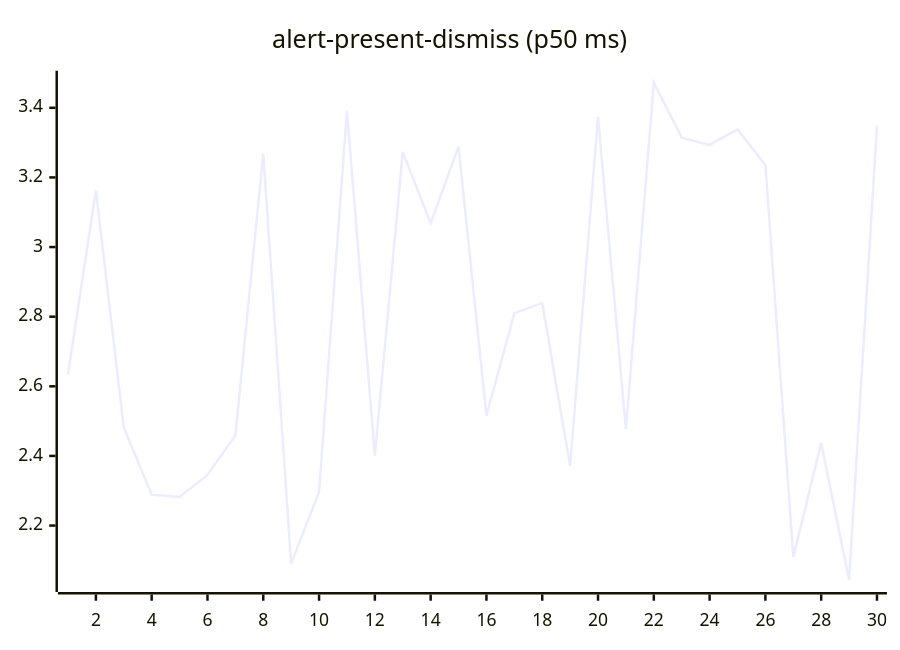
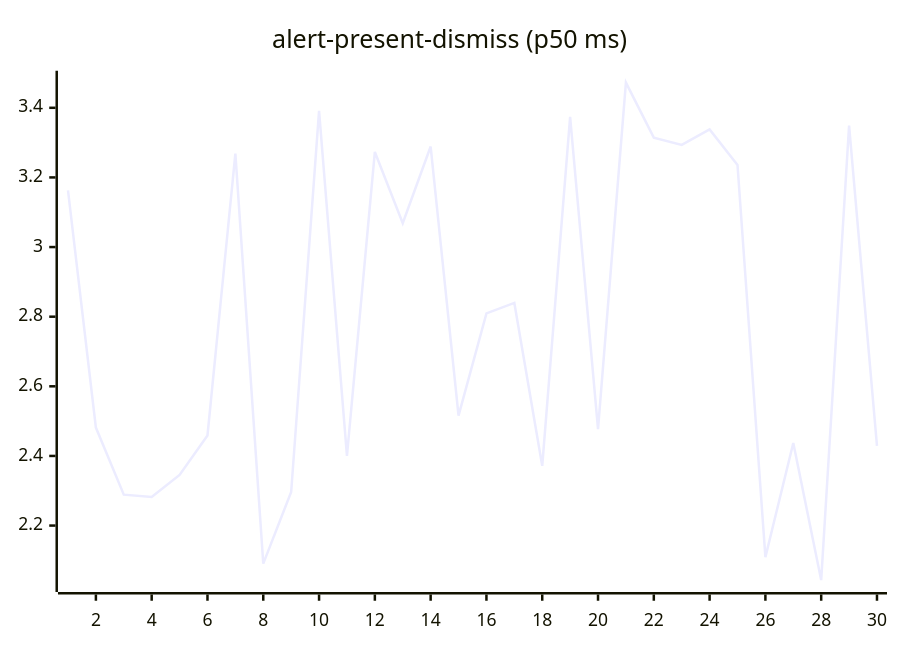
One commit to josha/Facet changed the second of 27 diagrams in README.md. Above: the diagram before and after it, drawn with Mermaid. The commit also changed other lines of this file and 2 other files, not shown here.

````diff
--- a/README.md
+++ b/README.md
@@ -70,6 +70,6 @@
 ```mermaid
 xychart-beta
     title "alert-present-dismiss (p50 ms)"
     x-axis 1 --> 30
-    line [2.6340, 3.1626, 2.4814, 2.2888, 2.2819, 2.3455, 2.4588, 3.2682, 2.0908, 2.2965, 3.3910, 2.4000, 3.2732, 3.0684, 3.2888, 2.5156, 2.8095, 2.8395, 2.3714, 3.3741, 2.4770, 3.4723, 3.3142, 3.2934, 3.3378, 3.2358, 2.1094, 2.4372, 2.0433, 3.3486]
+    line [3.1626, 2.4814, 2.2888, 2.2819, 2.3455, 2.4588, 3.2682, 2.0908, 2.2965, 3.3910, 2.4000, 3.2732, 3.0684, 3.2888, 2.5156, 2.8095, 2.8395, 2.3714, 3.3741, 2.4770, 3.4723, 3.3142, 3.2934, 3.3378, 3.2358, 2.1094, 2.4372, 2.0433, 3.3486, 2.4287]
 ```
````
